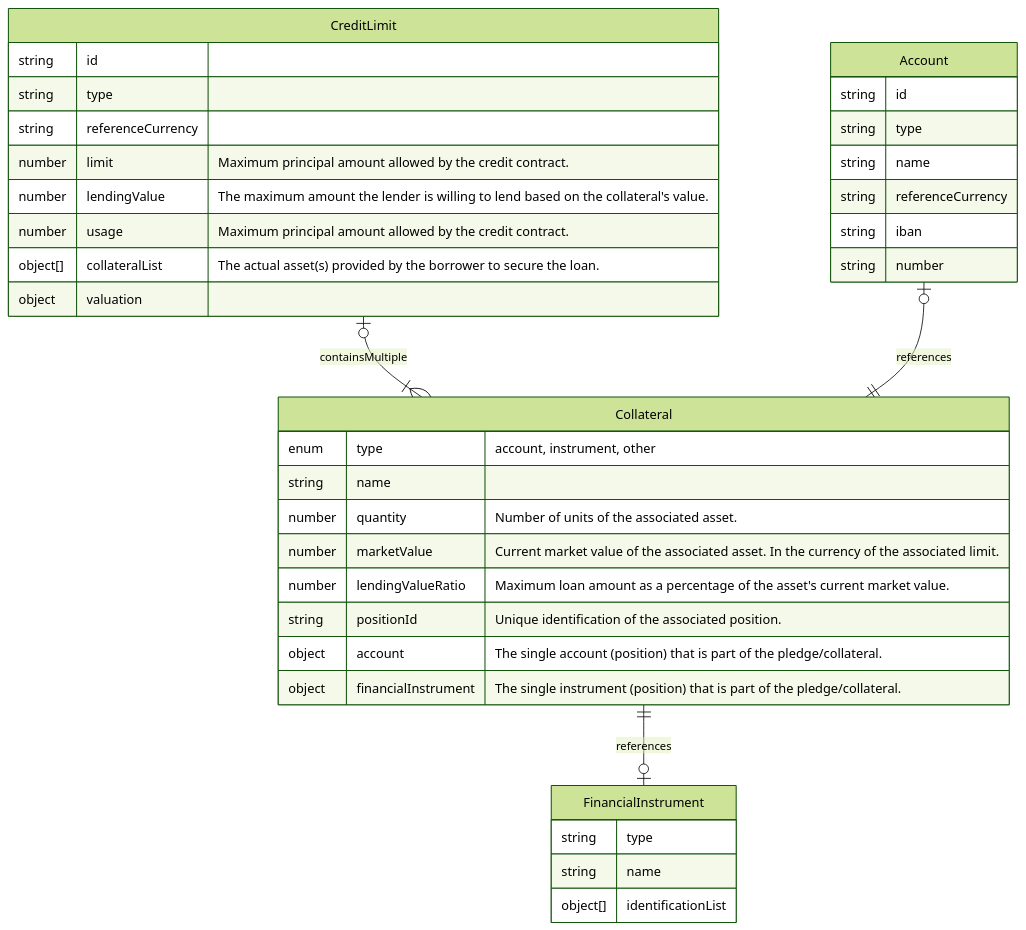
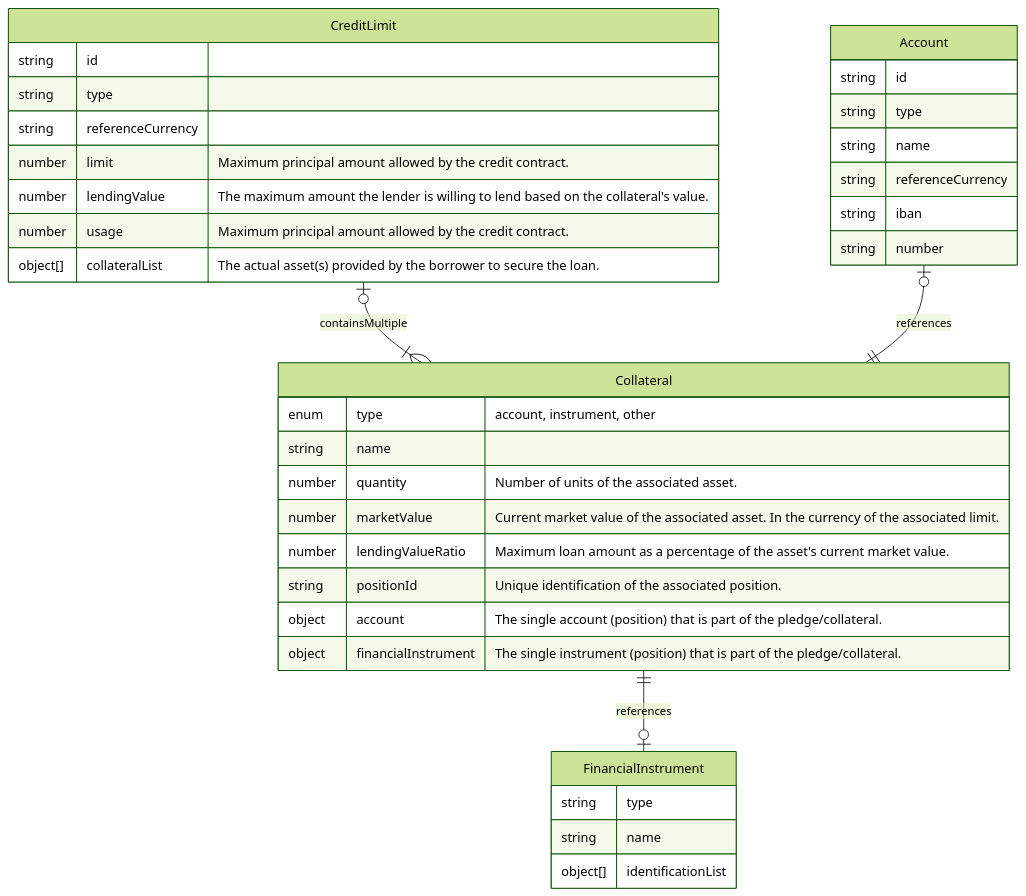
Before and after one commit to OpenWealth/OpenWealth: the fifth of 5 diagrams in src/custody/Docs/EntityModel.md, drawn with Mermaid (forest theme).

````diff
--- a/src/custody/Docs/EntityModel.md
+++ b/src/custody/Docs/EntityModel.md
@@ -162,39 +162,38 @@
 ```mermaid
 erDiagram
     CreditLimit o|--|{ Collateral : containsMultiple
     CreditLimit {
         string id
         string type
         string referenceCurrency
         number limit "Maximum principal amount allowed by the credit contract."
         number lendingValue "The maximum amount the lender is willing to lend based on the collateral's value."
         number usage "Maximum principal amount allowed by the credit contract."
         object[] collateralList "The actual asset(s) provided by the borrower to secure the loan."
-        object valuation
     }
     Collateral ||--|o FinancialInstrument : references
     Collateral {
         enum type "account, instrument, other"
         string name
         number quantity "Number of units of the associated asset."
         number marketValue "Current market value of the associated asset. In the currency of the associated limit."
         number lendingValueRatio "Maximum loan amount as a percentage of the asset's current market value."
         string positionId "Unique identification of the associated position."
         object account "The single account (position) that is part of the pledge/collateral."
         object financialInstrument "The single instrument (position) that is part of the pledge/collateral."
     }
     FinancialInstrument {
         string type
         string name
         object[] identificationList
     }
     Account |o--|| Collateral : references
     Account {
         string id
         string type
         string name
         string referenceCurrency
         string iban
         string number
     }
 ```
````
